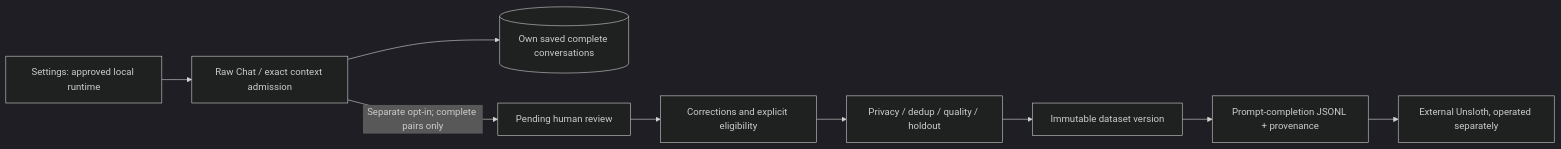
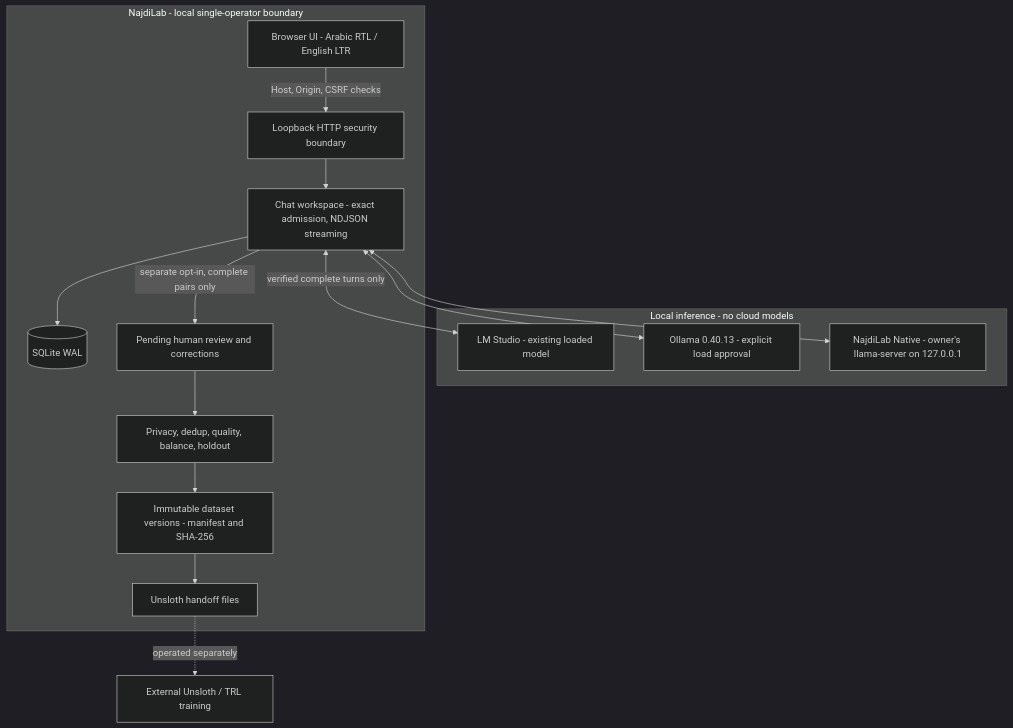
The first of 2 diagrams in README.md (abinadwan/NajdiLab), drawn with Mermaid (dark theme) before and after one commit. The commit also changed other lines of this file and 10 other files, not shown here.

First line of the commit message:
RESTORE-README: restore owner-approved README design, updated for Chat V2

````diff
--- a/README.md
+++ b/README.md
@@ -47,11 +208,25 @@
 ```mermaid
-flowchart LR
-  I[Settings: approved local runtime] --> C[Raw Chat / exact context admission]
-  C --> S[(Own saved complete conversations)]
-  C -->|Separate opt-in; complete pairs only| R[Pending human review]
-  R --> H[Corrections and explicit eligibility]
-  H --> Q[Privacy / dedup / quality / holdout]
-  Q --> V[Immutable dataset version]
-  V --> U[Prompt-completion JSONL + provenance]
-  U --> E[External Unsloth, operated separately]
+flowchart TB
+  subgraph Runtimes[Local inference - no cloud models]
+    LM[LM Studio - existing loaded model]
+    OL[Ollama 0.40.13 - explicit load approval]
+    NA[NajdiLab Native - owner's llama-server on 127.0.0.1]
+  end
+  subgraph Local[NajdiLab - local single-operator boundary]
+    B[Browser UI - Arabic RTL / English LTR]
+    S[Loopback HTTP security boundary]
+    C[Chat workspace - exact admission, NDJSON streaming]
+    DB[(SQLite WAL)]
+    R[Pending human review and corrections]
+    Q[Privacy, dedup, quality, balance, holdout]
+    V[Immutable dataset versions - manifest and SHA-256]
+    X[Unsloth handoff files]
+  end
+  B -->|Host, Origin, CSRF checks| S --> C
+  C <-->|verified complete turns only| LM
+  C <--> OL
+  C <--> NA
+  C --> DB
+  C -->|separate opt-in, complete pairs only| R --> Q --> V --> X
+  X -.->|operated separately| U[External Unsloth / TRL training]
 ```
````
